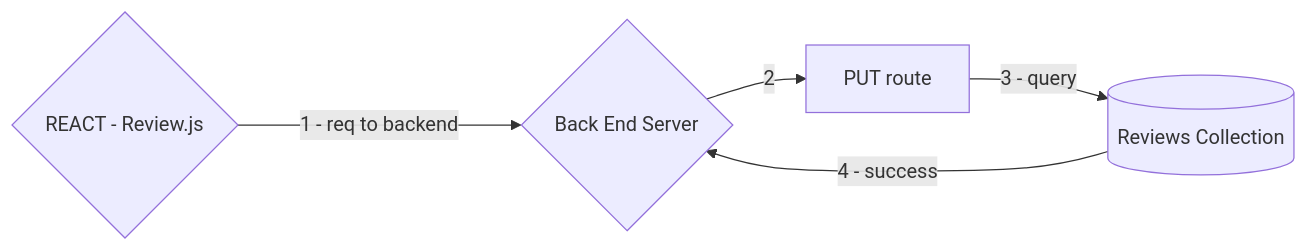
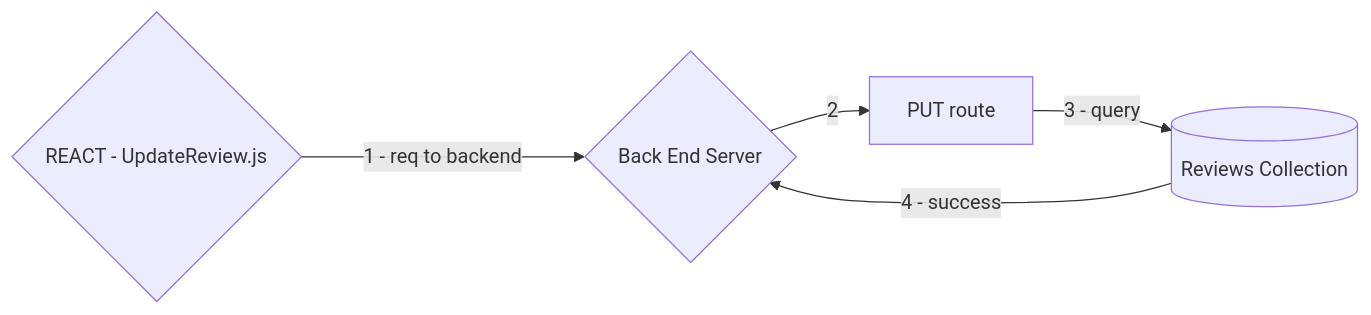
The fourth of 5 diagrams in front-end/README.md (ana1231/SuiteReview_FE), drawn with Mermaid before and after one commit. The commit also changed other lines of this file, not shown here.

Commit message:
fixed diagram

````diff
--- a/front-end/README.md
+++ b/front-end/README.md
@@ -270,13 +270,13 @@
 ```mermaid
 graph LR;
 
     
-    A{REACT - Review.js}--->| 1 - req to backend| B{Back End Server}
+    A{REACT - UpdateReview.js}--->| 1 - req to backend| B{Back End Server}
     B-->|2| C[PUT route] 
     C-->|3 - query|id1[(Reviews Collection)]
     id1[(Reviews Collection)] -->|4 - success|B
     
 
 
 
 ```
````
